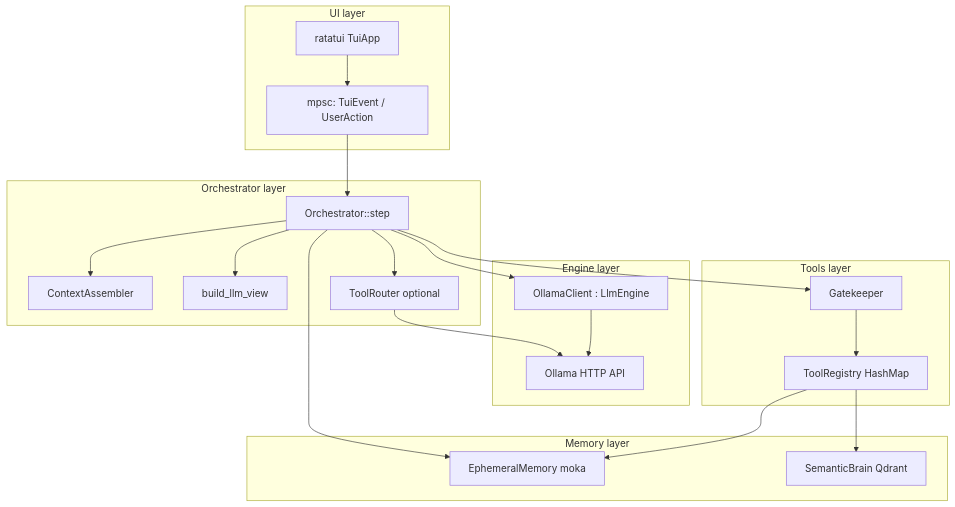
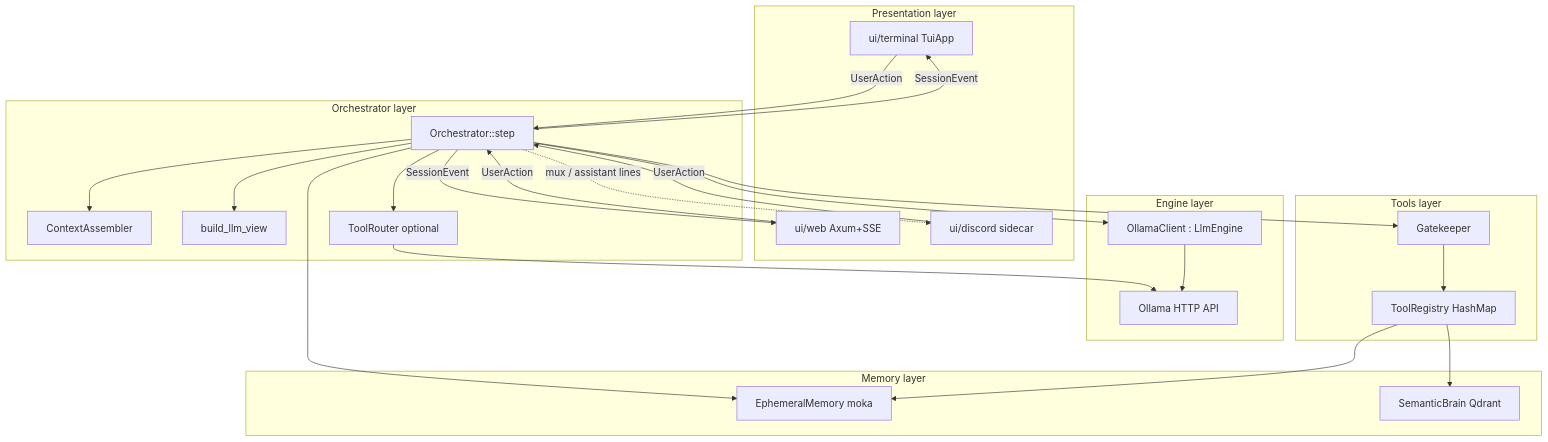
One commit to janpauldahlke/eris changed the first of 2 diagrams in docs/updated_architecture/00_OVERVIEW.md. Above: the diagram before and after it, drawn with Mermaid. The commit also changed other lines of this file and 11 other files, not shown here.

````diff
--- a/docs/updated_architecture/00_OVERVIEW.md
+++ b/docs/updated_architecture/00_OVERVIEW.md
@@ -11,43 +11,48 @@
 ```mermaid
 flowchart TB
-    subgraph ui["UI layer"]
-        TUI["ratatui TuiApp"]
-        EVT["mpsc: TuiEvent / UserAction"]
+    subgraph ui["Presentation layer"]
+        TUI["ui/terminal TuiApp"]
+        WEB["ui/web Axum+SSE"]
+        DISC["ui/discord sidecar"]
     end
 
     subgraph orch["Orchestrator layer"]
         ORC["Orchestrator::step"]
         CA["ContextAssembler"]
         CV["build_llm_view"]
         TR["ToolRouter optional"]
     end
 
     subgraph eng["Engine layer"]
         LLM["OllamaClient : LlmEngine"]
         OLL["Ollama HTTP API"]
     end
 
     subgraph tools["Tools layer"]
         GK["Gatekeeper"]
         TREG["ToolRegistry HashMap"]
     end
 
     subgraph mem["Memory layer"]
         EPH["EphemeralMemory moka"]
         SEM["SemanticBrain Qdrant"]
     end
 
-    TUI --> EVT
-    EVT --> ORC
+    TUI -->|UserAction| ORC
+    WEB -->|UserAction| ORC
+    DISC -->|UserAction| ORC
+    ORC -->|SessionEvent| TUI
+    ORC -->|SessionEvent| WEB
+    ORC -.->|mux / assistant lines| DISC
     ORC --> CA
     ORC --> CV
     ORC --> TR
     TR --> OLL
     ORC --> LLM
     LLM --> OLL
     ORC --> GK
     GK --> TREG
     ORC --> EPH
     TREG --> EPH
     TREG --> SEM
 ```
````
